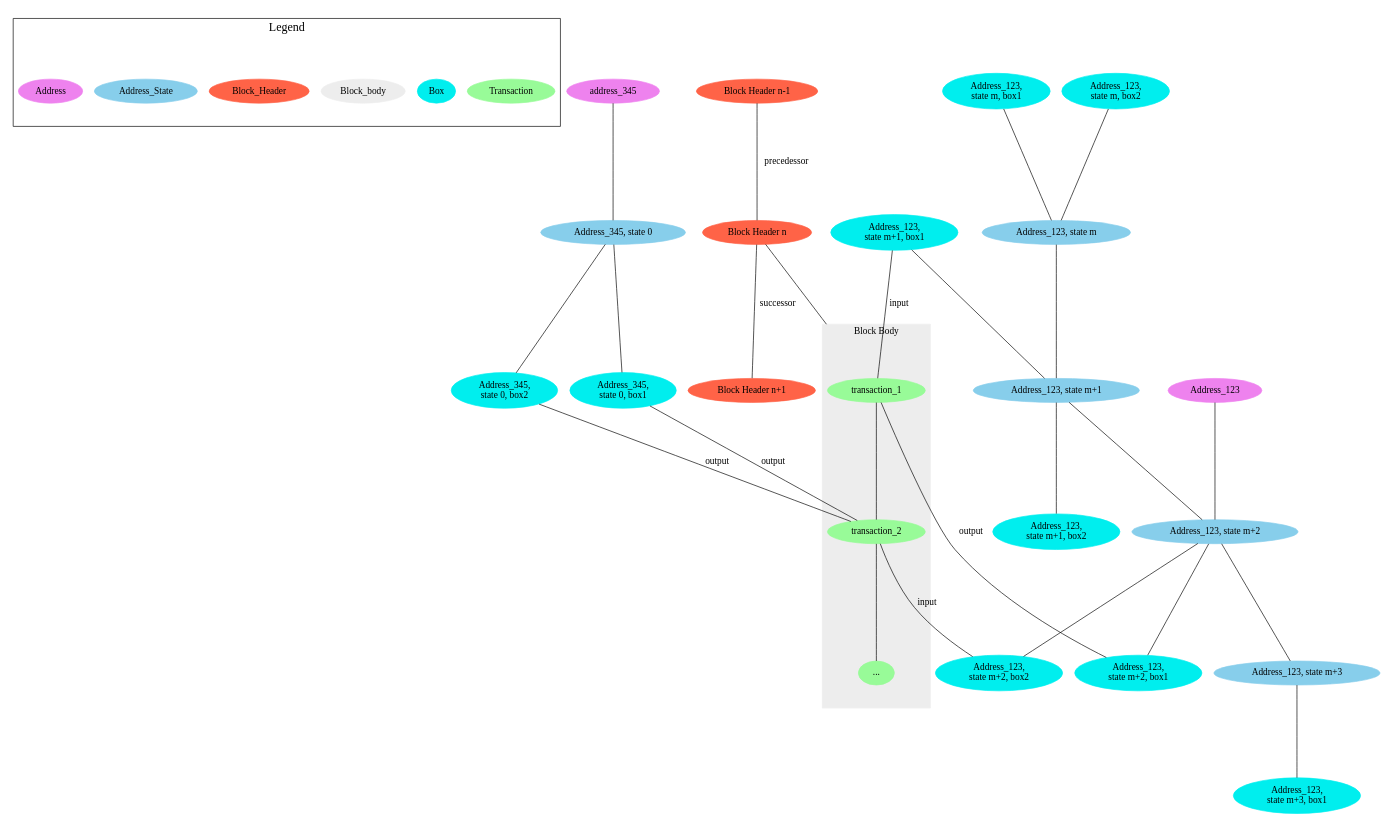
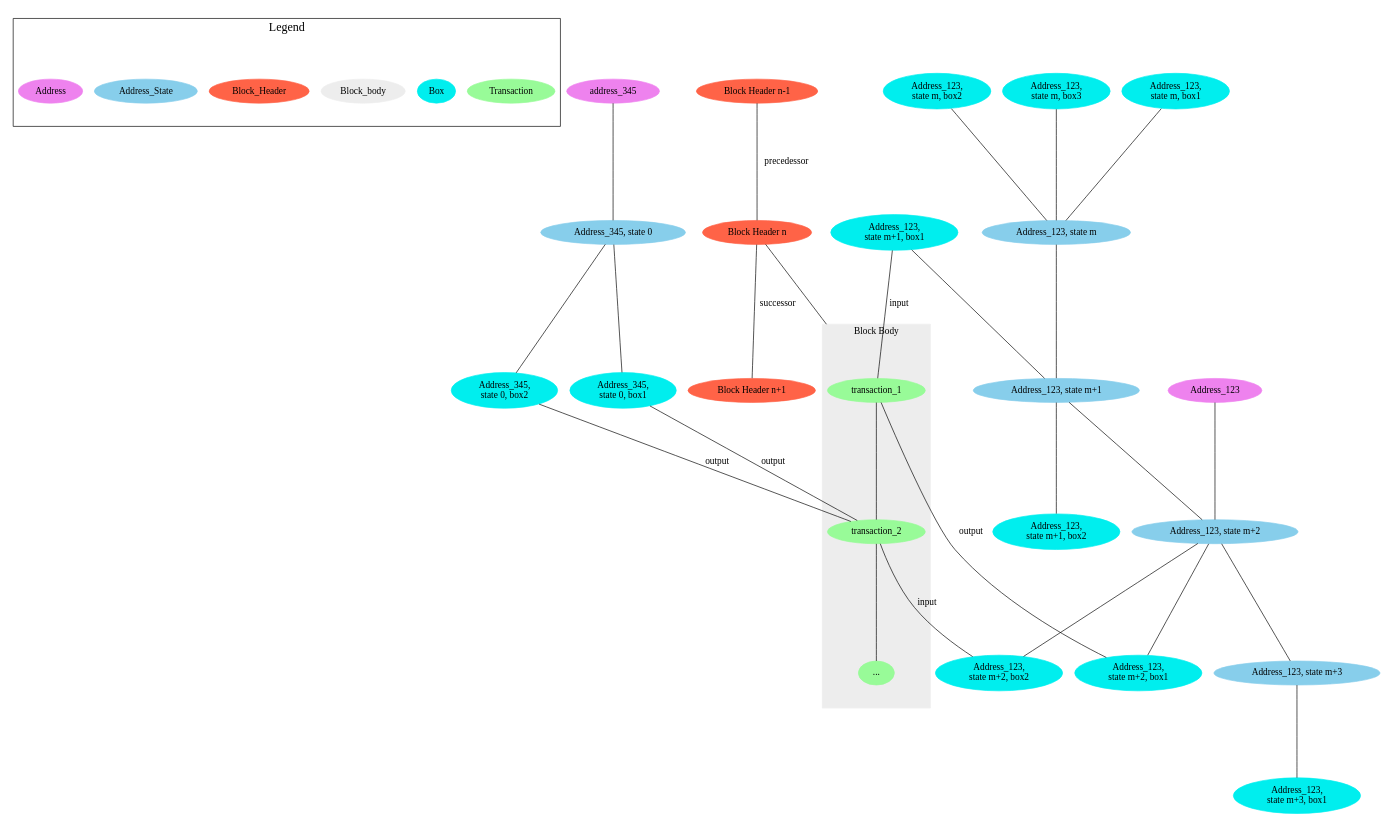
Before and after one commit to mgrand-topl/PlantUML_Sandbox: the diagram in genus_block_data_model.dot, drawn with Graphviz.

```diff
--- a/genus_block_data_model.dot
+++ b/genus_block_data_model.dot
@@ -1,65 +1,66 @@
 graph g {
   subgraph cluster_legend {
     label=Legend
     fontsize=18
     Transaction [color=palegreen, style=filled]
     Box [color=cyan2, style=filled]
     Block_body [color=gray93, style=filled]
     Block_Header [color=tomato, style=filled]
     Address_State [color=skyblue, style=filled]
     Address [color=violet, style=filled]
   }
 
   ratio= 0.6;
   compound=true;
   "Block Header n" [color=tomato, style=filled]
   "Block Header n-1" [color=tomato, style=filled]
   "Block Header n-1"
   "Block Header n-1" -- "Block Header n" [label = "precedessor"];
   "Block Header n" -- "Block Header n+1" [label = "successor"]
   "Block Header n"
   "Block Header n" -- transaction_1 [lhead=cluster0]
   "Block Header n+1" [color=tomato, style=filled]
   "Block Header n+1"
 
   subgraph cluster0 {
     label = "Block Body"
     color=gray93
     style=filled
     "..." [color=palegreen, style=filled]
     transaction_1 -- transaction_2 -- "...";
   }
   "Address_123,\nstate m, box1" [color=cyan2, style=filled]
   "Address_123,\nstate m, box2" [color=cyan2, style=filled]
-  {"Address_123,\nstate m, box1" "Address_123,\nstate m, box2"} -- "Address_123, state m"
+  "Address_123,\nstate m, box3" [color=cyan2, style=filled]
+  {"Address_123,\nstate m, box1" "Address_123,\nstate m, box2" "Address_123,\nstate m, box3"} -- "Address_123, state m"
   "Address_123, state m" [color=skyblue, style=filled]
   "Address_123, state m" -- "Address_123, state m+1"
   "Address_123, state m+1" [color=skyblue, style=filled]
   "Address_123,\nstate m+1, box1" [color=cyan2, style=filled]
   "Address_123,\nstate m+1, box2" [color=cyan2, style=filled]
   "Address_123,\nstate m+1, box1" -- "Address_123, state m+1"
   "Address_123, state m+1" -- "Address_123,\nstate m+1, box2"
   "Address_123,\nstate m+1, box1" -- transaction_1 [label="input"]
   "Address_123,\nstate m+2, box1" [color=cyan2, style=filled]
   "Address_123,\nstate m+2, box2" [color=cyan2, style=filled]
   "Address_123, state m+1" -- "Address_123, state m+2" -- {"Address_123,\nstate m+2, box1" "Address_123,\nstate m+2, box2"}
   transaction_1 [color=palegreen, style=filled]
   "Address_123, state m+2" [color=skyblue, style=filled]
   transaction_1 -- "Address_123,\nstate m+2, box1" [label = "output"]
   transaction_2 [color=palegreen, style=filled]
   transaction_2 -- "Address_123,\nstate m+2, box2" [label="input"]
   Address_123 [color=violet, style=filled]
   Address_123 -- "Address_123, state m+2"
   "Address_123, state m+3" [color=skyblue, style=filled]
   "Address_123, state m+2" -- "Address_123, state m+3"
   "Address_123, state m+3" -- "Address_123,\nstate m+3, box1"
   "Address_123,\nstate m+3, box1" [color=cyan2, style=filled]
   "Address_345, state 0" [color=skyblue, style=filled]
   "Address_345,\nstate 0, box1" -- transaction_2 [label="output"]
   "Address_345,\nstate 0, box2" -- transaction_2 [label="output"]
   "Address_345,\nstate 0, box1" [color=cyan2, style=filled]
   "Address_345,\nstate 0, box2" [color=cyan2, style=filled]
   "Address_345, state 0" -- {"Address_345,\nstate 0, box1" "Address_345,\nstate 0, box2"}
   "address_345" [color=violet, style=filled]
   "address_345" -- "Address_345, state 0"
 }
```
